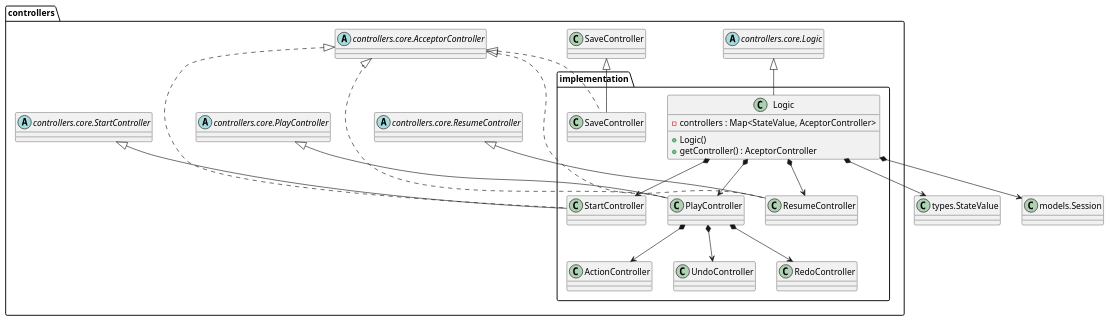
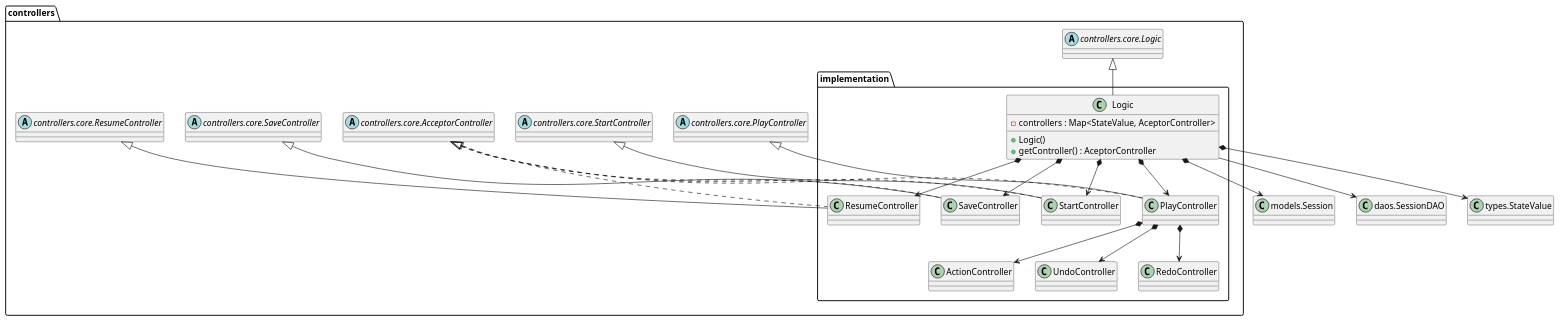
Before and after one commit to js-rom/connect4: the diagram in connect4/Docs/diagrams/src/packages/connect4.connect4.controllers.implementation.plantuml, drawn with PlantUML. The commit also changed 5 other files, not shown here.

Commit message:
feat: add new state OUT_GAME to Logic associated to SaveController #8

```diff
--- a/connect4/Docs/diagrams/src/packages/connect4.connect4.controllers.implementation.plantuml
+++ b/connect4/Docs/diagrams/src/packages/connect4.connect4.controllers.implementation.plantuml
@@ -1,69 +1,73 @@
 @startuml connect4.connect4.controllers.implementation
 
 class controllers.implementation.Logic {
     -controllers : Map<StateValue, AceptorController> 
     +Logic()
     +getController() : AceptorController
 }
 
 
 class controllers.implementation.StartController {
 
 }
 
 
 class controllers.implementation.PlayController{
 
 }
 
 class controllers.implementation.ActionController{
    
 }
 
 class controllers.implementation.UndoController{
   
 }
 
 class controllers.implementation.RedoController{
    
 }
 
 class controllers.implementation.SaveController{
   
 }
 
 class controllers.implementation.ResumeController{
   
 }
 
 class Session as "models.Session"
+class SessionDAO as "daos.SessionDAO"
 class StateValue as "types.StateValue"
 
 abstract class controllers.AcceptorController as "controllers.core.AcceptorController"
 AcceptorController <|.. StartController
 AcceptorController <|.. PlayController
 AcceptorController <|.. SaveController
 AcceptorController <|.. ResumeController
 
 abstract class controllers.coreLogic as "controllers.core.Logic"
 coreLogic <|-- Logic
 Logic *--> Session
+Logic --> SessionDAO
 Logic *--> StartController
 Logic *--> PlayController
+Logic *--> SaveController
 Logic *--> ResumeController
 Logic *--> StateValue
 
 PlayController *--> ActionController
 PlayController *--> UndoController
 PlayController *--> RedoController
 
 abstract class controllers.StartController as "controllers.core.StartController"
 abstract class controllers.PlayController as "controllers.core.PlayController"
+abstract class controllers.SaveController as "controllers.core.SaveController"
 abstract class controllers.ResumeController as "controllers.core.ResumeController"
 
 controllers.StartController <|-- controllers.implementation.StartController
 controllers.PlayController <|-- controllers.implementation.PlayController
 controllers.SaveController <|-- controllers.implementation.SaveController
 controllers.ResumeController <|-- controllers.implementation.ResumeController
 
 @enduml
```
